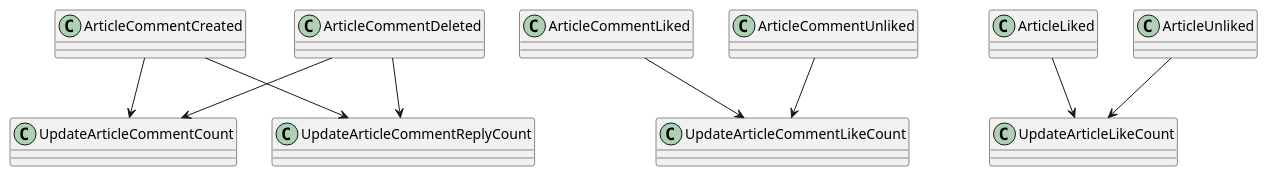
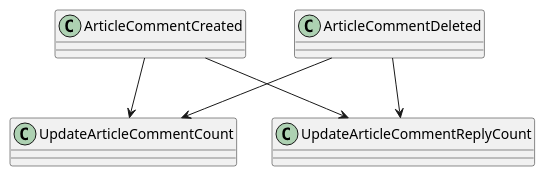
One commit to LDmoxeii/only4-KSP-cap4j changed the diagram in design/domain/article/relationEC.puml. Above: the diagram before and after it, drawn with PlantUML. The commit also changed 59 other files, not shown here.

```diff
--- a/design/domain/article/relationEC.puml
+++ b/design/domain/article/relationEC.puml
@@ -1,10 +1,6 @@
 @startuml
 ArticleCommentCreated       -down-> UpdateArticleCommentCount
 ArticleCommentCreated       -down-> UpdateArticleCommentReplyCount
 ArticleCommentDeleted       -down-> UpdateArticleCommentCount
 ArticleCommentDeleted       -down-> UpdateArticleCommentReplyCount
-ArticleCommentLiked         -down-> UpdateArticleCommentLikeCount
-ArticleCommentUnliked       -down-> UpdateArticleCommentLikeCount
-ArticleLiked                -down-> UpdateArticleLikeCount
-ArticleUnliked              -down-> UpdateArticleLikeCount
 @enduml
```
